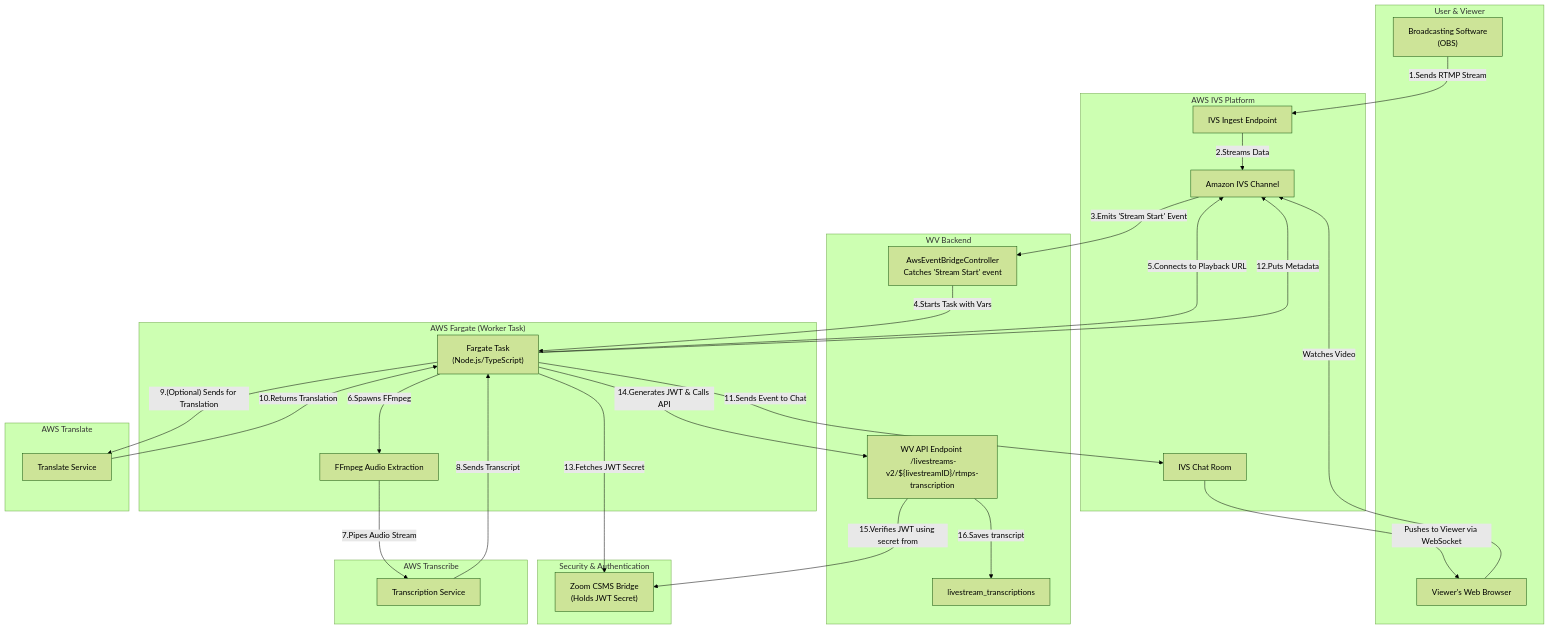
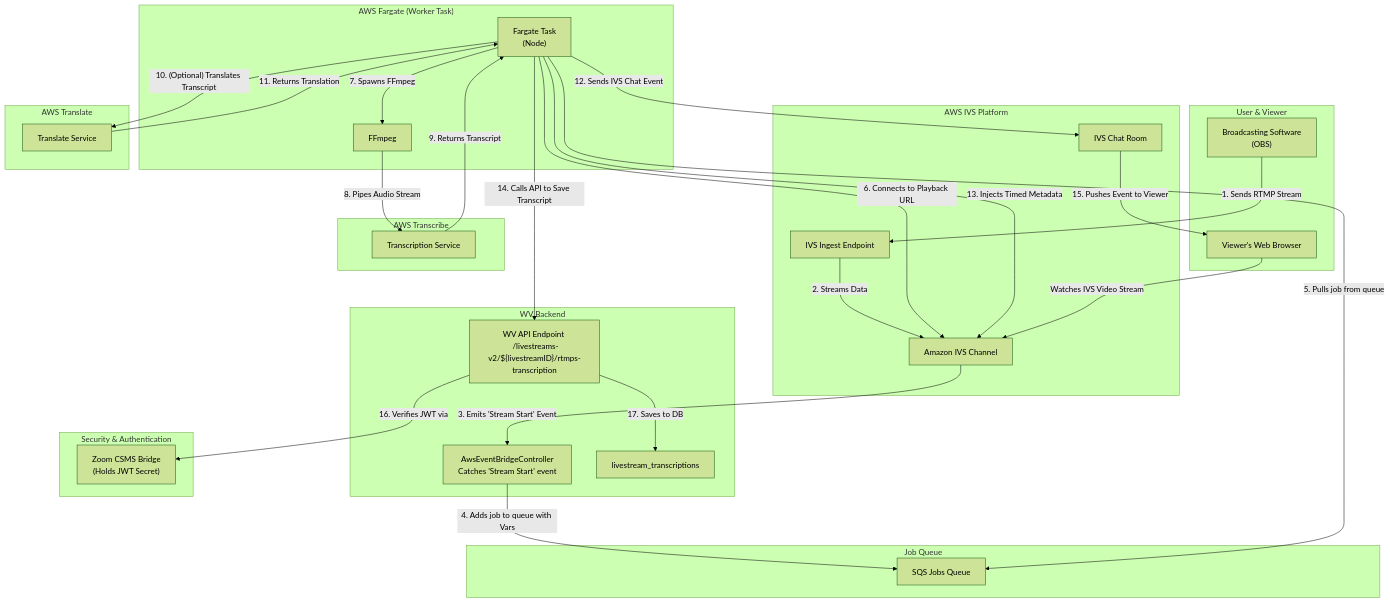
The diagram in ARCHITECTURE.MD (filoliveirawv/js-fargate-trasncriber), drawn with Mermaid (forest theme) before and after one commit. The commit also changed 1 other file, not shown here.

Commit message:
updated architecture diagram

````diff
--- a/ARCHITECTURE.MD
+++ b/ARCHITECTURE.MD
@@ -3,62 +3,65 @@
 ```mermaid
 graph TD
     subgraph "User & Viewer"
-        A["Broadcasting Software <br> (OBS)"]
-        B["Viewer's Web Browser"]
+        ENCODER["Broadcasting Software <br> (OBS)"]
+        VIEWER["Viewer's Web Browser"]
     end
 
     subgraph "AWS IVS Platform"
-        C["IVS Ingest Endpoint"]
-        D["Amazon IVS Channel"]
-        E["IVS Chat Room"]
+        IVS_INGEST["IVS Ingest Endpoint"]
+        IVS_CHANNEL["Amazon IVS Channel"]
+        IVS_CHATROOM["IVS Chat Room"]
     end
 
     subgraph "WV Backend"
-        F["AwsEventBridgeController <br> Catches 'Stream Start' event"]
-        H["livestream_transcriptions"]
-        I["WV API Endpoint <br> /livestreams-v2/${livestreamID}/rtmps-transcription"]
+        CONTROLLER["AwsEventBridgeController <br> Catches 'Stream Start' event"]
+        DB["livestream_transcriptions"]
+        ENDPOINT["WV API Endpoint <br> /livestreams-v2/${livestreamID}/rtmps-transcription"]
     end
 
     subgraph "AWS Fargate (Worker Task)"
-        J["Fargate Task <br> (Node.js/TypeScript)"]
-        K["FFmpeg Audio Extraction"]
+        FARGATE_TASK["Fargate Task <br> (Node)"]
+        FFMPEG["FFmpeg"]
     end
 
     subgraph "AWS Transcribe"
-        L["Transcription Service"]
+        TRANSCRIBE["Transcription Service"]
     end
 
     subgraph "AWS Translate"
-        M["Translate Service"]
+        TRANSLATE["Translate Service"]
     end
 
     subgraph "Security & Authentication"
-        N["Zoom CSMS Bridge <br> (Holds JWT Secret)"]
+        CSMS["Zoom CSMS Bridge <br> (Holds JWT Secret)"]
+    end
+
+    subgraph "Job Queue"
+        SQS[SQS Jobs Queue]
     end
 
     %% --- The Flow ---
 
-    A -- "1.Sends RTMP Stream" --> C
-    C -- "2.Streams Data" --> D
-    D -- "3.Emits 'Stream Start' Event" --> F
-    F -- "4.Starts Task with Vars" --> J
+    ENCODER -- "1. Sends RTMP Stream" --> IVS_INGEST
+    IVS_INGEST -- "2. Streams Data" --> IVS_CHANNEL
+    IVS_CHANNEL -- "3. Emits 'Stream Start' Event" --> CONTROLLER
+    CONTROLLER -- "4. Adds job to queue with Vars" --> SQS
+    FARGATE_TASK -- "5. Pulls job from queue" --> SQS
 
-    J -- "5.Connects to Playback URL" --> D
-    J -- "6.Spawns FFmpeg" --> K
-    K -- "7.Pipes Audio Stream" --> L
-    L -- "8.Sends Transcript" --> J
-    J -- "9.(Optional) Sends for Translation" --> M
-    M -- "10.Returns Translation" --> J
+    FARGATE_TASK -- "6. Connects to Playback URL" --> IVS_CHANNEL
+    FARGATE_TASK -- "7. Spawns FFmpeg" --> FFMPEG
+    FFMPEG -- "8. Pipes Audio Stream" --> TRANSCRIBE
+    TRANSCRIBE -- "9. Returns Transcript" --> FARGATE_TASK
+    FARGATE_TASK -- "10. (Optional) Translates Transcript" --> TRANSLATE
+    TRANSLATE -- "11. Returns Translation" --> FARGATE_TASK
 
-    J -- "11.Sends Event to Chat" --> E
-    E -- "Pushes to Viewer via WebSocket" --> B
+    FARGATE_TASK -- "12. Sends IVS Chat Event" --> IVS_CHATROOM
+    FARGATE_TASK -- "13. Injects Timed Metadata" --> IVS_CHANNEL
+    FARGATE_TASK -- "14. Calls API to Save Transcript" --> ENDPOINT
 
-    J -- "12.Puts Metadata" --> D
+    IVS_CHATROOM -- "15. Pushes Event to Viewer" --> VIEWER
+    ENDPOINT -- "16. Verifies JWT via" --> CSMS
+    ENDPOINT -- "17. Saves to DB" --> DB
 
-    J -- "13.Fetches JWT Secret" --> N
-    J -- "14.Generates JWT & Calls API" --> I
-    I -- "15.Verifies JWT using secret from" --> N
-    I -- "16.Saves transcript" --> H
-
-    B -- "Watches Video" --> D
+    VIEWER -- "Watches IVS Video Stream" --> IVS_CHANNEL
 ```
````
